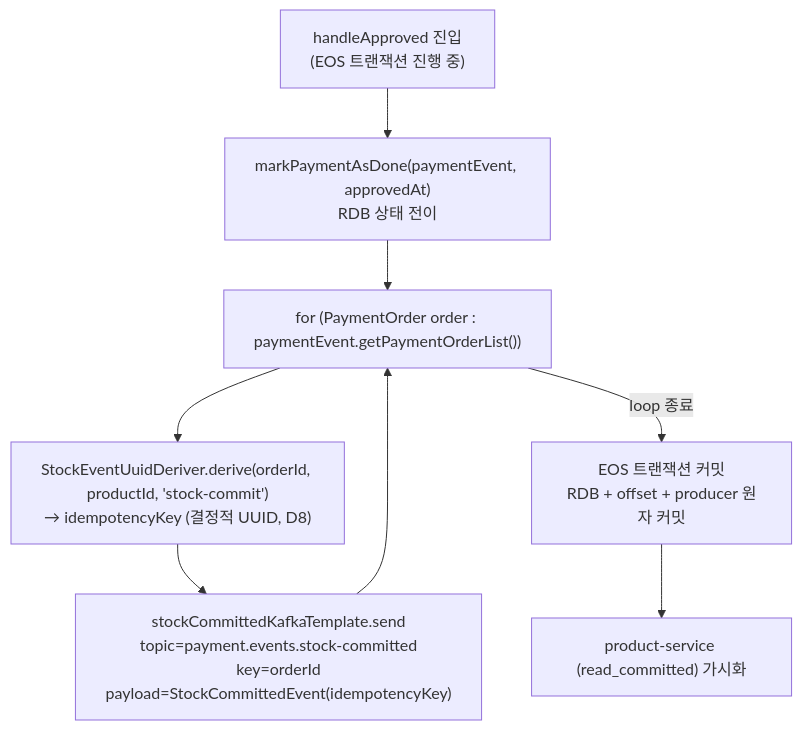
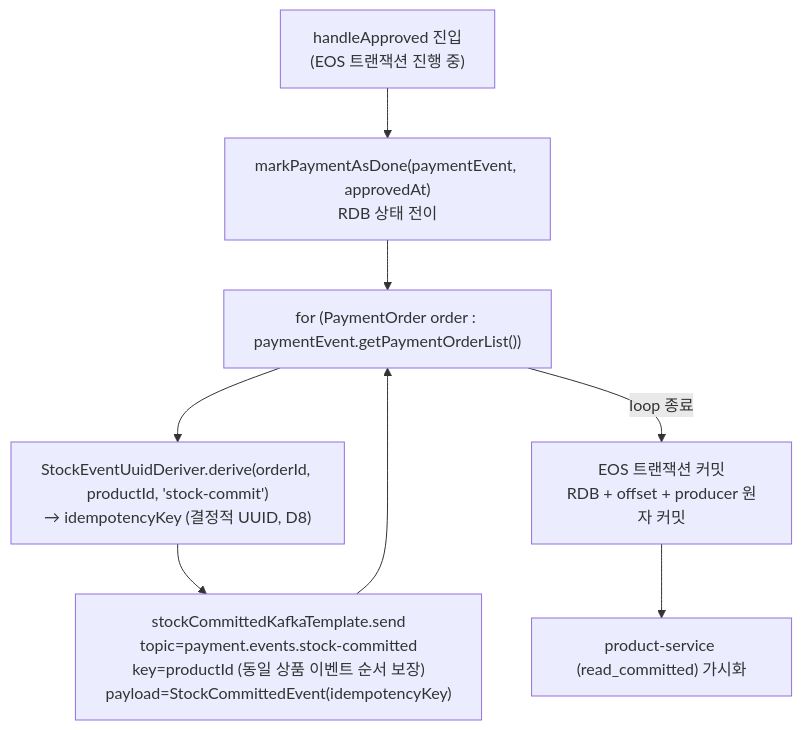
Before and after one commit to hyoguoo/payment-platform: the fifth of 8 diagrams in docs/context/CONFIRM-FLOW.md, drawn with Mermaid. The commit also changed other lines of this file and 4 other files, not shown here.

````diff
--- a/docs/context/CONFIRM-FLOW.md
+++ b/docs/context/CONFIRM-FLOW.md
@@ -255,10 +256,10 @@
 ```mermaid
 flowchart TD
     APPROVED["handleApproved 진입<br/>(EOS 트랜잭션 진행 중)"] --> MARK_DONE["markPaymentAsDone(paymentEvent, approvedAt)<br/>RDB 상태 전이"]
     MARK_DONE --> LOOP["for (PaymentOrder order : paymentEvent.getPaymentOrderList())"]
     LOOP --> DERIVE["StockEventUuidDeriver.derive(orderId, productId, 'stock-commit')<br/>→ idempotencyKey (결정적 UUID, D8)"]
-    DERIVE --> SEND["stockCommittedKafkaTemplate.send<br/>topic=payment.events.stock-committed<br/>key=orderId<br/>payload=StockCommittedEvent(idempotencyKey)"]
+    DERIVE --> SEND["stockCommittedKafkaTemplate.send<br/>topic=payment.events.stock-committed<br/>key=productId (동일 상품 이벤트 순서 보장)<br/>payload=StockCommittedEvent(idempotencyKey)"]
     SEND --> LOOP
     LOOP -->|loop 종료| COMMIT["EOS 트랜잭션 커밋<br/>RDB + offset + producer 원자 커밋"]
     COMMIT --> VISIBLE["product-service (read_committed) 가시화"]
 ```
````
